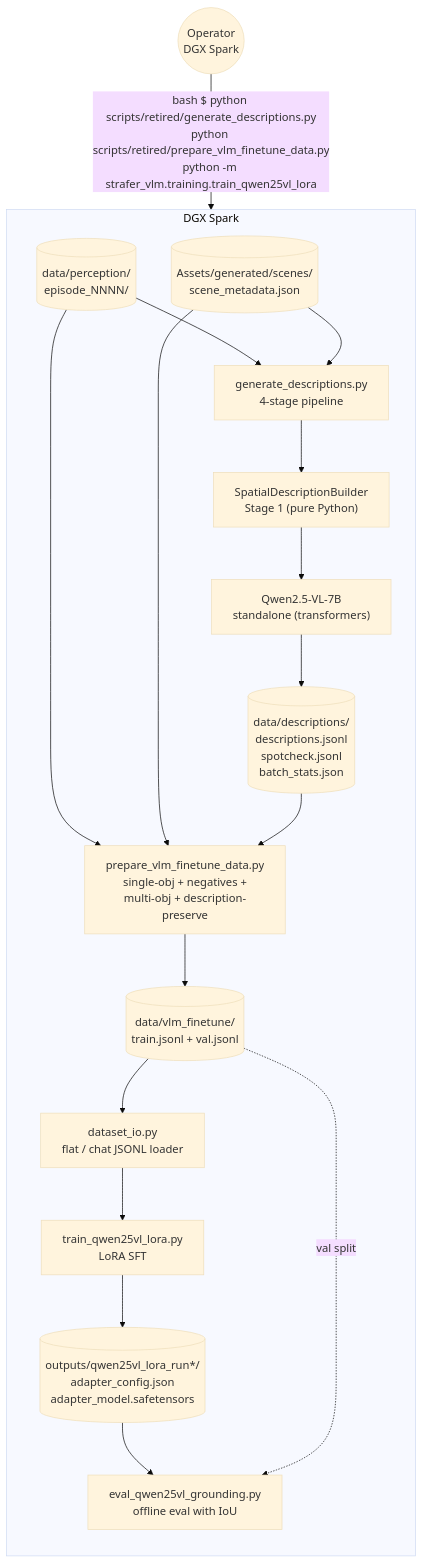
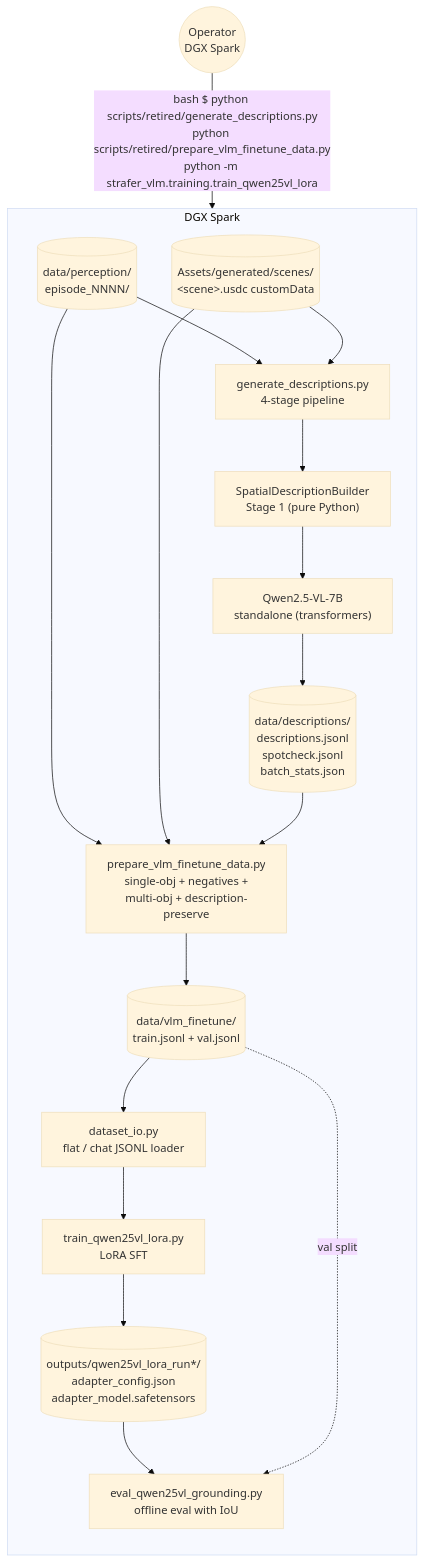
The first of 7 diagrams in docs/SYSTEM_FLOW_DIAGRAMS.md (zachoines/Sim2RealLab), drawn with Mermaid (base theme) before and after one commit. The commit also changed other lines of this file and 40 other files, not shown here.

First line of the commit message:
Move scene metadata into USD customData + author UsdSemantics labels (#90)

````diff
--- a/docs/SYSTEM_FLOW_DIAGRAMS.md
+++ b/docs/SYSTEM_FLOW_DIAGRAMS.md
@@ -67,50 +67,50 @@
 ```mermaid
 flowchart TB
     Operator((Operator<br/>DGX Spark))
 
     subgraph DGX["DGX Spark"]
         direction TB
 
         PerceptionDir[("data/perception/<br/>episode_NNNN/")]
-        SceneMeta[("Assets/generated/scenes/<br/>scene_metadata.json")]
+        SceneMeta[("Assets/generated/scenes/<br/>&lt;scene&gt;.usdc customData")]
 
         GenDesc["generate_descriptions.py<br/>4-stage pipeline"]
         Qwen7B["Qwen2.5-VL-7B<br/>standalone (transformers)"]
         Spatial["SpatialDescriptionBuilder<br/>Stage 1 (pure Python)"]
         DescOut[("data/descriptions/<br/>descriptions.jsonl<br/>spotcheck.jsonl<br/>batch_stats.json")]
 
         PrepVLM["prepare_vlm_finetune_data.py<br/>single-obj + negatives +<br/>multi-obj + description-preserve"]
         SFTData[("data/vlm_finetune/<br/>train.jsonl + val.jsonl")]
 
         DatasetIO["dataset_io.py<br/>flat / chat JSONL loader"]
         TrainLoRA["train_qwen25vl_lora.py<br/>LoRA SFT"]
         EvalLoRA["eval_qwen25vl_grounding.py<br/>offline eval with IoU"]
 
         Adapter[("outputs/qwen25vl_lora_run*/<br/>adapter_config.json<br/>adapter_model.safetensors")]
     end
 
     Operator -->|bash $ python scripts/retired/generate_descriptions.py<br/>python scripts/retired/prepare_vlm_finetune_data.py<br/>python -m strafer_vlm.training.train_qwen25vl_lora| GenDesc
     PerceptionDir --> GenDesc
     SceneMeta --> GenDesc
     GenDesc --> Spatial
     Spatial --> Qwen7B
     Qwen7B --> DescOut
 
     PerceptionDir --> PrepVLM
     SceneMeta --> PrepVLM
     DescOut --> PrepVLM
     PrepVLM --> SFTData
 
     SFTData --> DatasetIO
     DatasetIO --> TrainLoRA
     TrainLoRA --> Adapter
     Adapter --> EvalLoRA
     SFTData -. val split .-> EvalLoRA
 
     click GenDesc "../source/strafer_lab/scripts/retired/generate_descriptions.py" "4-stage description pipeline"
     click Spatial "../source/strafer_lab/strafer_lab/tools/spatial_description.py" "Stage-1 factual relations"
     click PrepVLM "../source/strafer_lab/scripts/retired/prepare_vlm_finetune_data.py" "Comprehensive VLM SFT prep"
     click DatasetIO "../source/strafer_vlm/strafer_vlm/training/dataset_io.py" "Grounding dataset loader"
     click TrainLoRA "../source/strafer_vlm/strafer_vlm/training/train_qwen25vl_lora.py" "LoRA fine-tune"
     click EvalLoRA "../source/strafer_vlm/strafer_vlm/training/eval_qwen25vl_grounding.py" "Offline eval"
 ```
````
